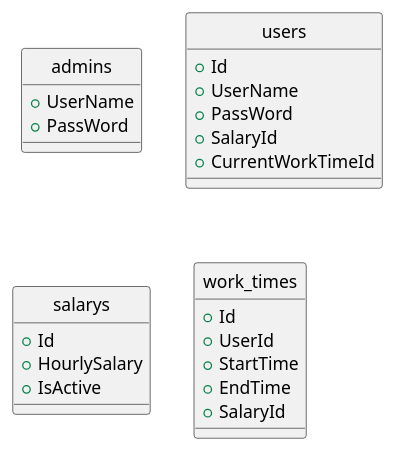
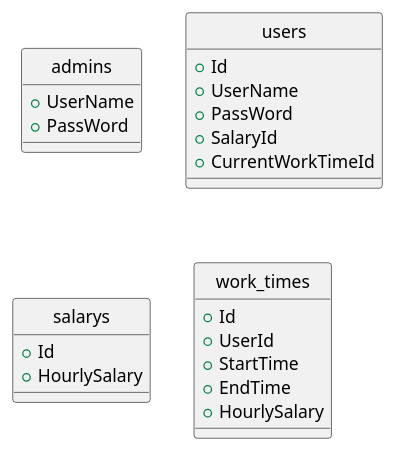
The diagram in Document/Database.puml (YanaPIIDXer/AttendanceSample), drawn with PlantUML before and after one commit.

Commit message:
内容を更新。

```diff
--- a/Document/Database.puml
+++ b/Document/Database.puml
@@ -1,31 +1,30 @@
 @startuml
 hide circle
 
 class admins{
    + UserName
    + PassWord
 }
 
 class users{
   + Id
   + UserName
   + PassWord
   + SalaryId
   + CurrentWorkTimeId
 }
 
 class salarys{
   + Id
   + HourlySalary
-  + IsActive
 }
 
 class work_times{
   + Id
   + UserId
   + StartTime
   + EndTime
-  + SalaryId
+  + HourlySalary
 }
 
 @end
```
